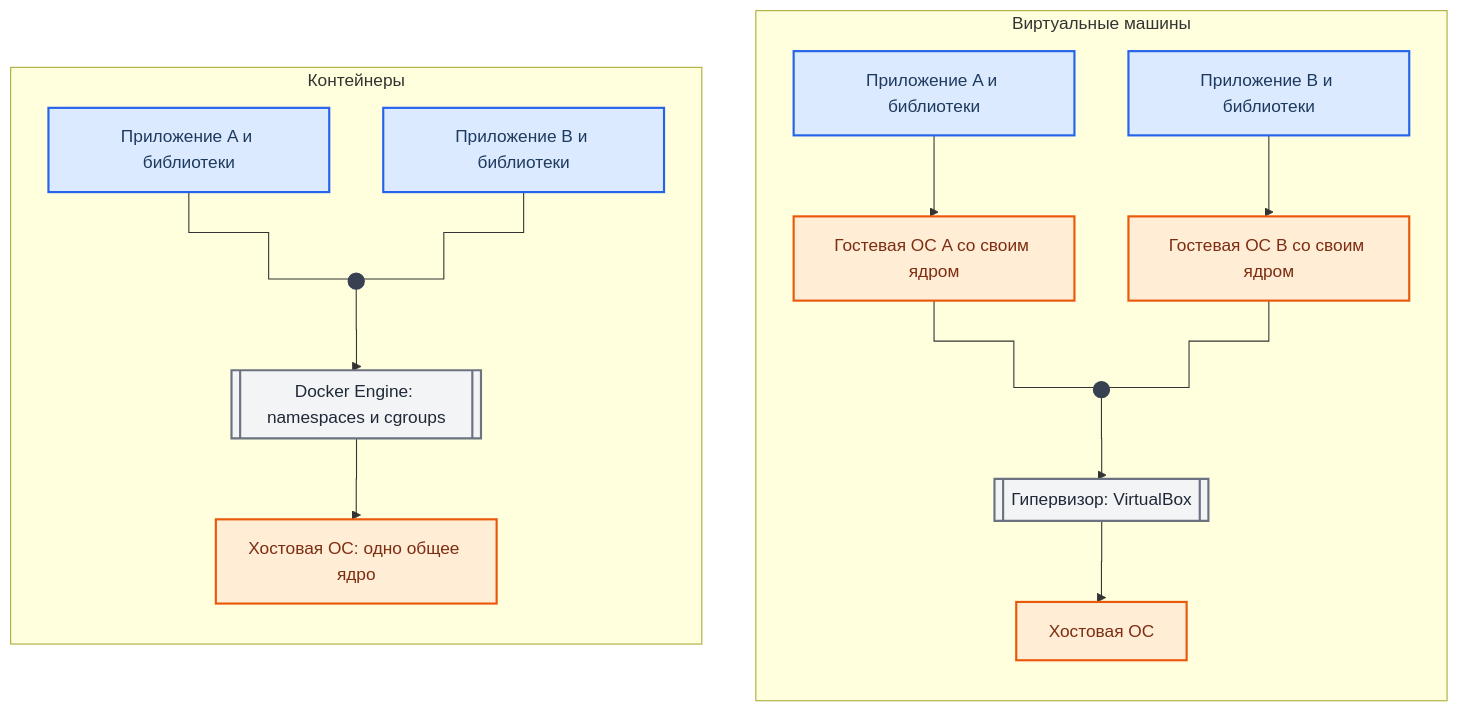
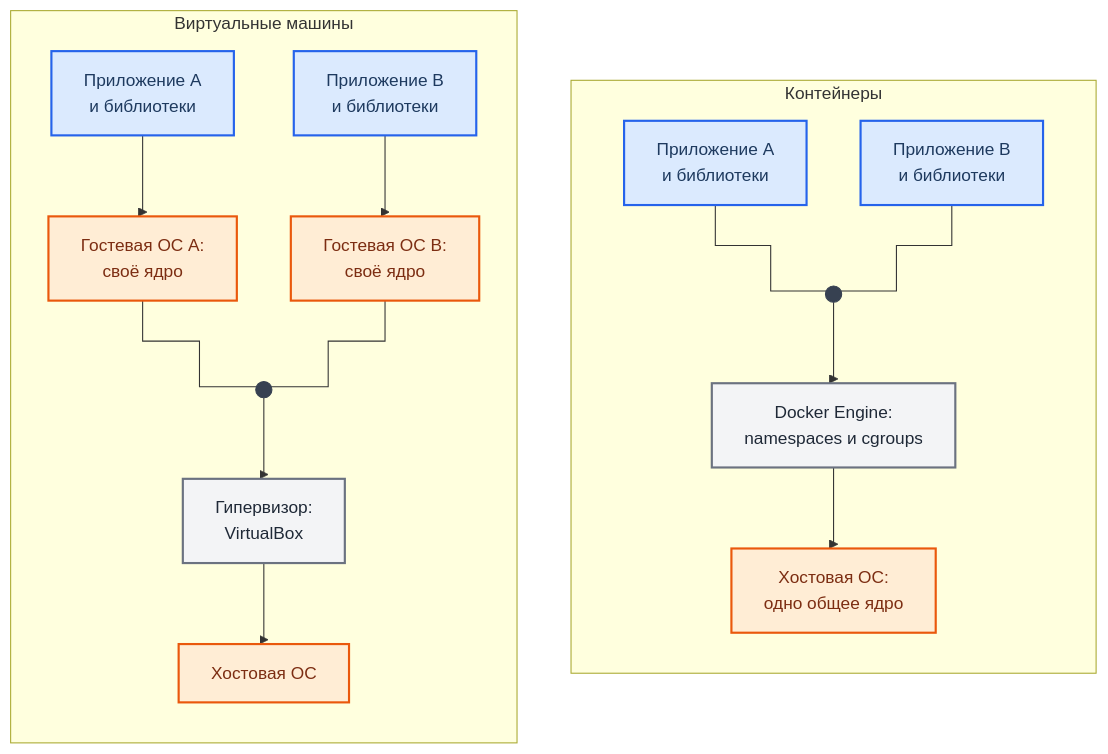
The first of 3 diagrams in labs/intro/docker_basics.md (geminishkv/course_labs), drawn with Mermaid before and after one commit. The commit also changed other lines of this file and 3 other files, not shown here.

First line of the commit message:
docs(diagrams): rework lab diagrams for readability and GOST notation

````diff
--- a/labs/intro/docker_basics.md
+++ b/labs/intro/docker_basics.md
@@ -22,45 +22,46 @@
 ```mermaid
 %%{init: {"flowchart": {"curve": "step"}}}%%
 flowchart TB
     accTitle: Виртуальные машины и контейнеры
     accDescr: Каждая виртуальная машина несёт свою гостевую ОС со своим ядром поверх гипервизора, а контейнеры делят одно ядро хостовой ОС и изолируются механизмами namespaces и cgroups.
 
+    subgraph container_stack ["Контейнеры"]
+        direction TB
+        ct_app_a["Приложение A<br/>и библиотеки"]
+        ct_app_b["Приложение B<br/>и библиотеки"]
+        ct_join((" "))
+        container_engine["Docker Engine:<br/>namespaces и cgroups"]
+        ct_host["Хостовая ОС:<br/>одно общее ядро"]
+        ct_app_a --- ct_join
+        ct_app_b --- ct_join
+        ct_join --> container_engine
+        container_engine --> ct_host
+    end
+
     subgraph vm_stack ["Виртуальные машины"]
         direction TB
-        vm_app_a[Приложение A и библиотеки]
-        vm_app_b[Приложение B и библиотеки]
-        vm_guest_a[Гостевая ОС A со своим ядром]
-        vm_guest_b[Гостевая ОС B со своим ядром]
+        vm_app_a["Приложение A<br/>и библиотеки"]
+        vm_app_b["Приложение B<br/>и библиотеки"]
+        vm_guest_a["Гостевая ОС A:<br/>своё ядро"]
+        vm_guest_b["Гостевая ОС B:<br/>своё ядро"]
         vm_join((" "))
-        hypervisor[[Гипервизор: VirtualBox]]
+        hypervisor["Гипервизор:<br/>VirtualBox"]
         vm_host[Хостовая ОС]
         vm_app_a --> vm_guest_a
         vm_app_b --> vm_guest_b
         vm_guest_a --- vm_join
         vm_guest_b --- vm_join
         vm_join --> hypervisor
         hypervisor --> vm_host
     end
 
-    subgraph container_stack ["Контейнеры"]
-        direction TB
-        ct_app_a[Приложение A и библиотеки]
-        ct_app_b[Приложение B и библиотеки]
-        ct_join((" "))
-        container_engine[[Docker Engine: namespaces и cgroups]]
-        ct_host[Хостовая ОС: одно общее ядро]
-        ct_app_a --- ct_join
-        ct_app_b --- ct_join
-        ct_join --> container_engine
-        container_engine --> ct_host
-    end
-
+    classDef junction fill:#374151,stroke:#374151,stroke-width:1px,color:#374151,font-size:1px
     classDef app fill:#dbeafe,stroke:#2563eb,stroke-width:2px,color:#1e3a5f
     classDef kernel fill:#ffedd5,stroke:#ea580c,stroke-width:2px,color:#7c2d12
-    classDef junction fill:#374151,stroke:#374151,stroke-width:1px,color:#374151,font-size:1px
+    classDef runtime fill:#f3f4f6,stroke:#6b7280,stroke-width:2px,color:#1f2937
+
+    class vm_join,ct_join junction
     class vm_app_a,vm_app_b,ct_app_a,ct_app_b app
-    classDef runtime fill:#f3f4f6,stroke:#6b7280,stroke-width:2px,color:#1f2937
     class vm_guest_a,vm_guest_b,vm_host,ct_host kernel
     class hypervisor,container_engine runtime
-    class vm_join,ct_join junction
 ```
````
